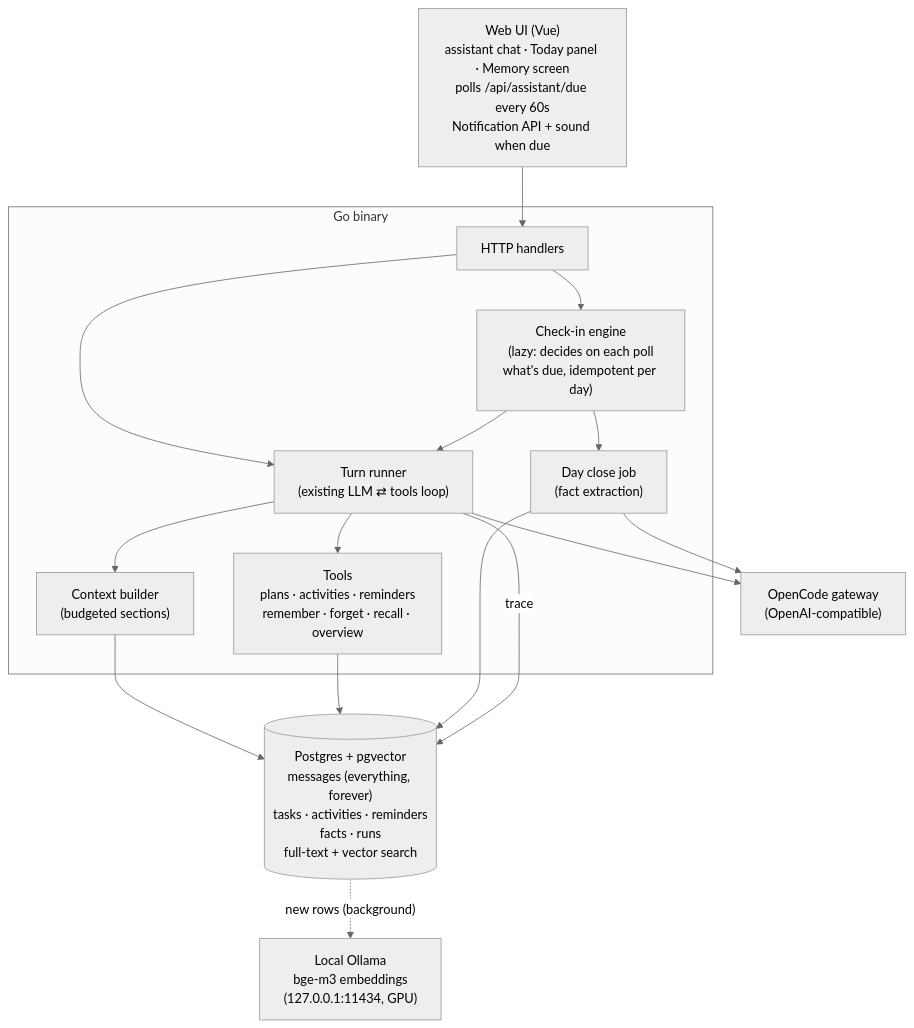
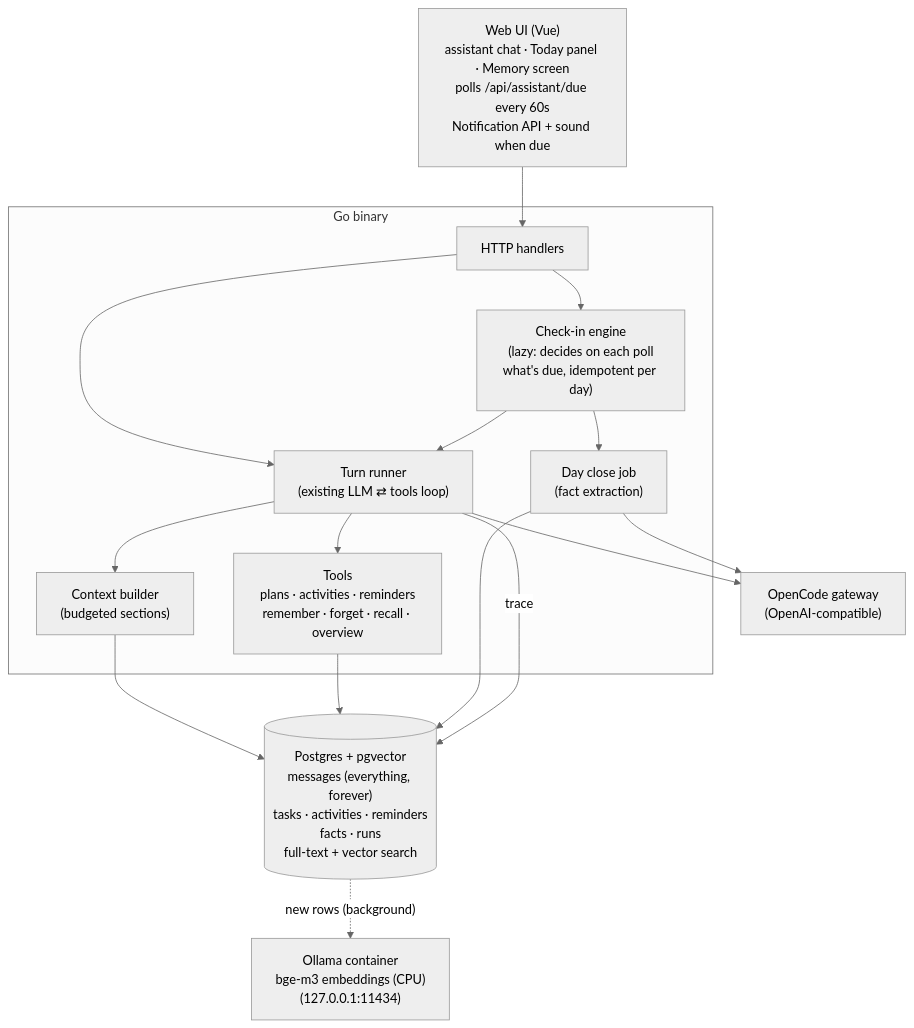
The first of 3 diagrams in docs/assistant-roadmap.md (GunawanAhmad/squad), drawn with Mermaid (neutral theme) before and after one commit. The commit also changed other lines of this file, not shown here.

Commit message:
D7: run Ollama in Docker on CPU, because the target is a VPS without a GPU

````diff
--- a/docs/assistant-roadmap.md
+++ b/docs/assistant-roadmap.md
@@ -56,30 +56,30 @@
 ```mermaid
 flowchart TB
   UI["Web UI (Vue)<br/>assistant chat · Today panel · Memory screen<br/>polls /api/assistant/due every 60s<br/>Notification API + sound when due"]
 
   subgraph Server["Go binary"]
     API["HTTP handlers"]
     DUE["Check-in engine<br/>(lazy: decides on each poll<br/>what's due, idempotent per day)"]
     TURN["Turn runner<br/>(existing LLM ⇄ tools loop)"]
     CTX["Context builder<br/>(budgeted sections)"]
     TOOLS["Tools<br/>plans · activities · reminders<br/>remember · forget · recall · overview"]
     JOB["Day close job<br/>(fact extraction)"]
   end
 
   LLM["OpenCode gateway<br/>(OpenAI-compatible)"]
   DB[("Postgres + pgvector<br/>messages (everything, forever)<br/>tasks · activities · reminders<br/>facts · runs<br/>full-text + vector search")]
-  EMB["Local Ollama<br/>bge-m3 embeddings<br/>(127.0.0.1:11434, GPU)"]
+  EMB["Ollama container<br/>bge-m3 embeddings (CPU)<br/>(127.0.0.1:11434)"]
 
   UI --> API
   API --> TURN
   API --> DUE
   DUE --> TURN
   DUE --> JOB
   TURN --> CTX --> DB
   TURN --> LLM
   TURN --> TOOLS --> DB
   JOB --> LLM
   JOB --> DB
   DB -. "new rows (background)" .-> EMB
   TURN -- "trace" --> DB
 ```
````
